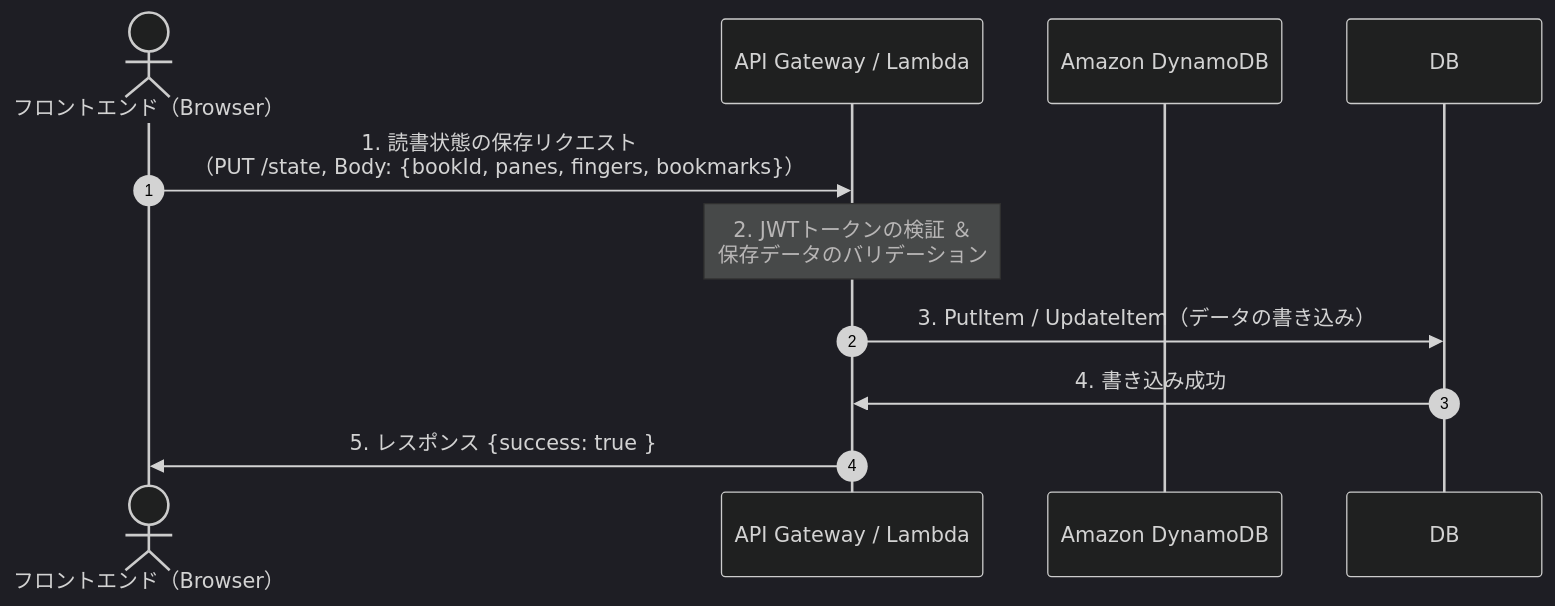
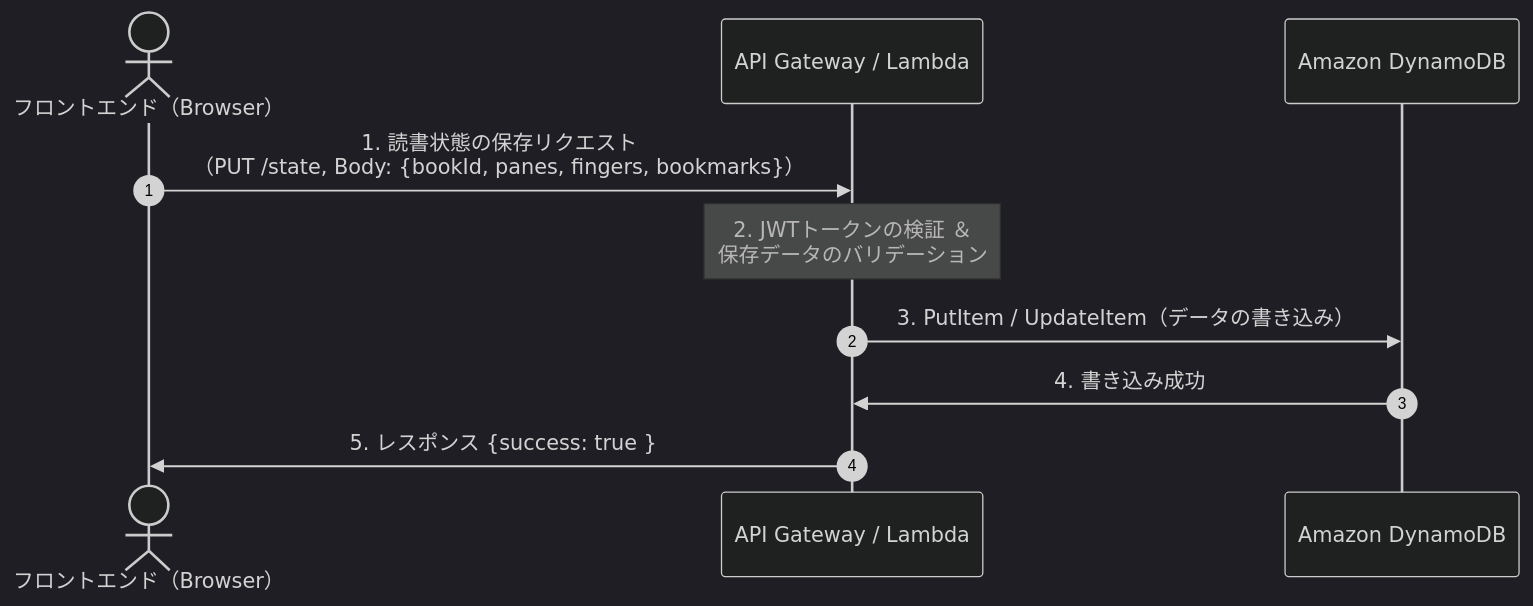
One commit to BH-mk2/finger-bookmark changed the fourth of 5 diagrams in backend/doc/architecture.md. Above: the diagram before and after it, drawn with Mermaid (dark theme).

Commit message:
微修正

````diff
--- a/backend/doc/architecture.md
+++ b/backend/doc/architecture.md
@@ -77,13 +77,13 @@
 ```mermaid
 sequenceDiagram
     autonumber
     actor FE as フロントエンド（Browser）
     participant APIGW as API Gateway / Lambda
-    participant DynamoDB as Amazon DynamoDB
+    participant DB as Amazon DynamoDB
 
     FE->>APIGW: 1. 読書状態の保存リクエスト<br>（PUT /state, Body: {bookId, panes, fingers, bookmarks}）
     Note over APIGW: 2. JWTトークンの検証 ＆<br>保存データのバリデーション
     APIGW->>DB: 3. PutItem / UpdateItem（データの書き込み）
     DB->>APIGW: 4. 書き込み成功
     APIGW->>FE: 5. レスポンス {success: true }
 ```
````
